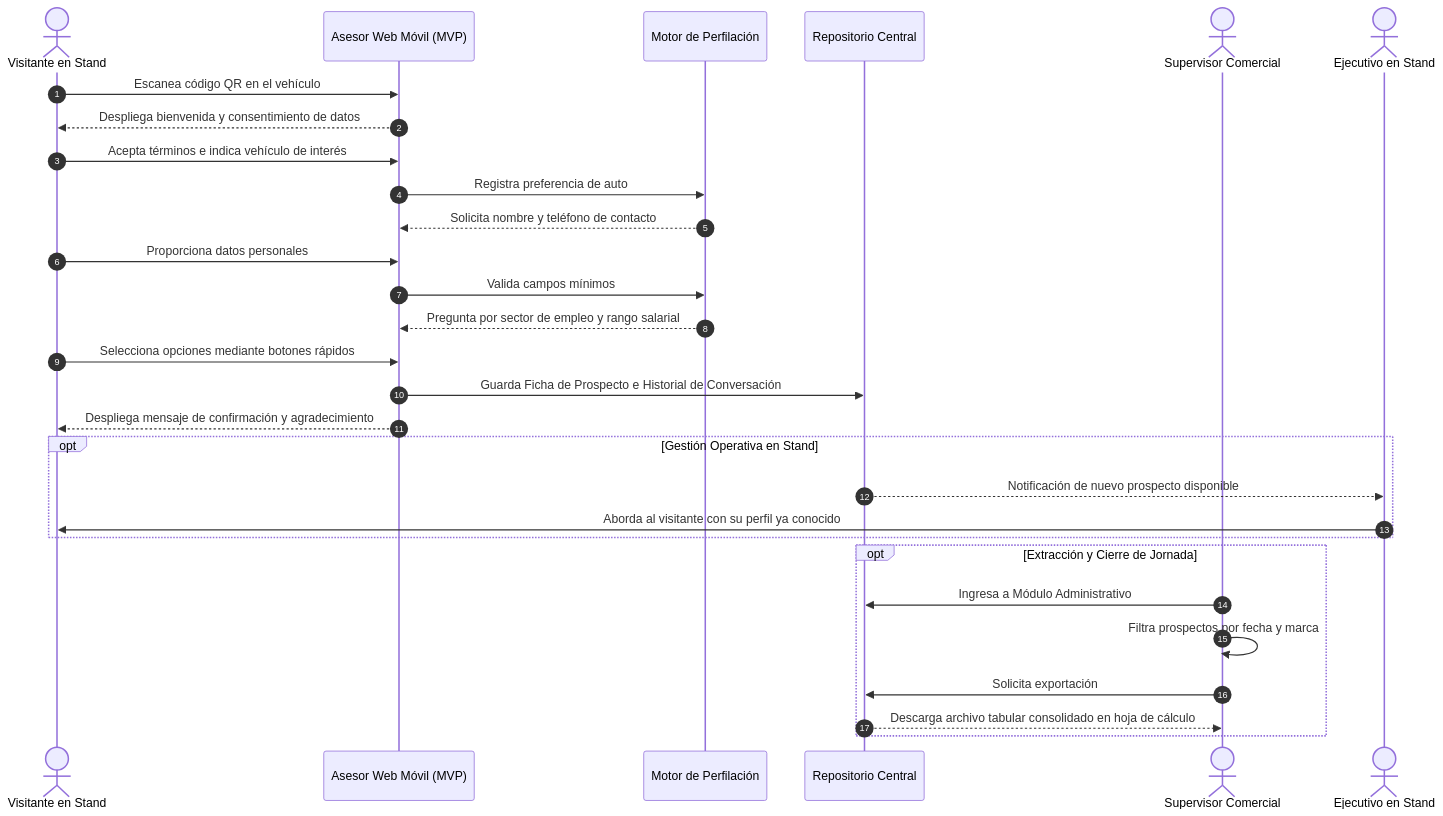
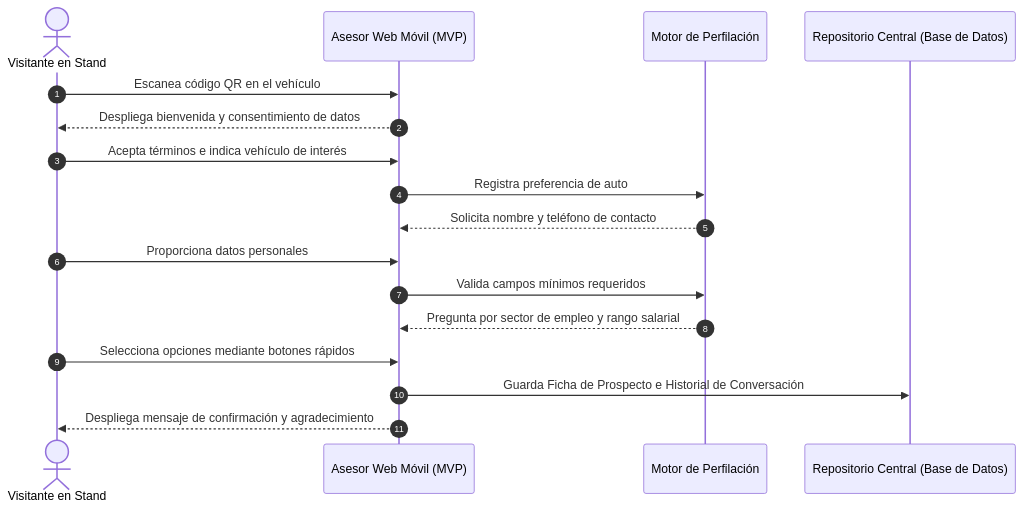
Before and after one commit to RBlasser/cda-celulas: the fourth of 4 diagrams in innovation-cda/design/diseno-arquitectura-asesor-feria-autos.md, drawn with Mermaid. The commit also changed other lines of this file and 1 other file, not shown here.

Commit message:
docs: simplificar alcance autos sin admin dashboard y definir KPIs con metodologia de medicion para CDA

````diff
--- a/innovation-cda/design/diseno-arquitectura-asesor-feria-autos.md
+++ b/innovation-cda/design/diseno-arquitectura-asesor-feria-autos.md
@@ -180,34 +198,20 @@
 ```mermaid
 sequenceDiagram
     autonumber
     actor Cliente as Visitante en Stand
     participant Chat as Asesor Web Móvil (MVP)
     participant Motor as Motor de Perfilación
-    participant Data as Repositorio Central
-    actor Admin as Supervisor Comercial
-    actor Ventas as Ejecutivo en Stand
+    participant Data as Repositorio Central (Base de Datos)
 
     Cliente->>Chat: Escanea código QR en el vehículo
     Chat-->>Cliente: Despliega bienvenida y consentimiento de datos
     Cliente->>Chat: Acepta términos e indica vehículo de interés
     Chat->>Motor: Registra preferencia de auto
     Motor-->>Chat: Solicita nombre y teléfono de contacto
     Cliente->>Chat: Proporciona datos personales
-    Chat->>Motor: Valida campos mínimos
+    Chat->>Motor: Valida campos mínimos requeridos
     Motor-->>Chat: Pregunta por sector de empleo y rango salarial
     Cliente->>Chat: Selecciona opciones mediante botones rápidos
     Chat->>Data: Guarda Ficha de Prospecto e Historial de Conversación
     Chat-->>Cliente: Despliega mensaje de confirmación y agradecimiento
-
-    opt Gestión Operativa en Stand
-        Data-->>Ventas: Notificación de nuevo prospecto disponible
-        Ventas->>Cliente: Aborda al visitante con su perfil ya conocido
-    end
-
-    opt Extracción y Cierre de Jornada
-        Admin->>Data: Ingresa a Módulo Administrativo
-        Admin->>Admin: Filtra prospectos por fecha y marca
-        Admin->>Data: Solicita exportación
-        Data-->>Admin: Descarga archivo tabular consolidado en hoja de cálculo
-    end
 ```
````
